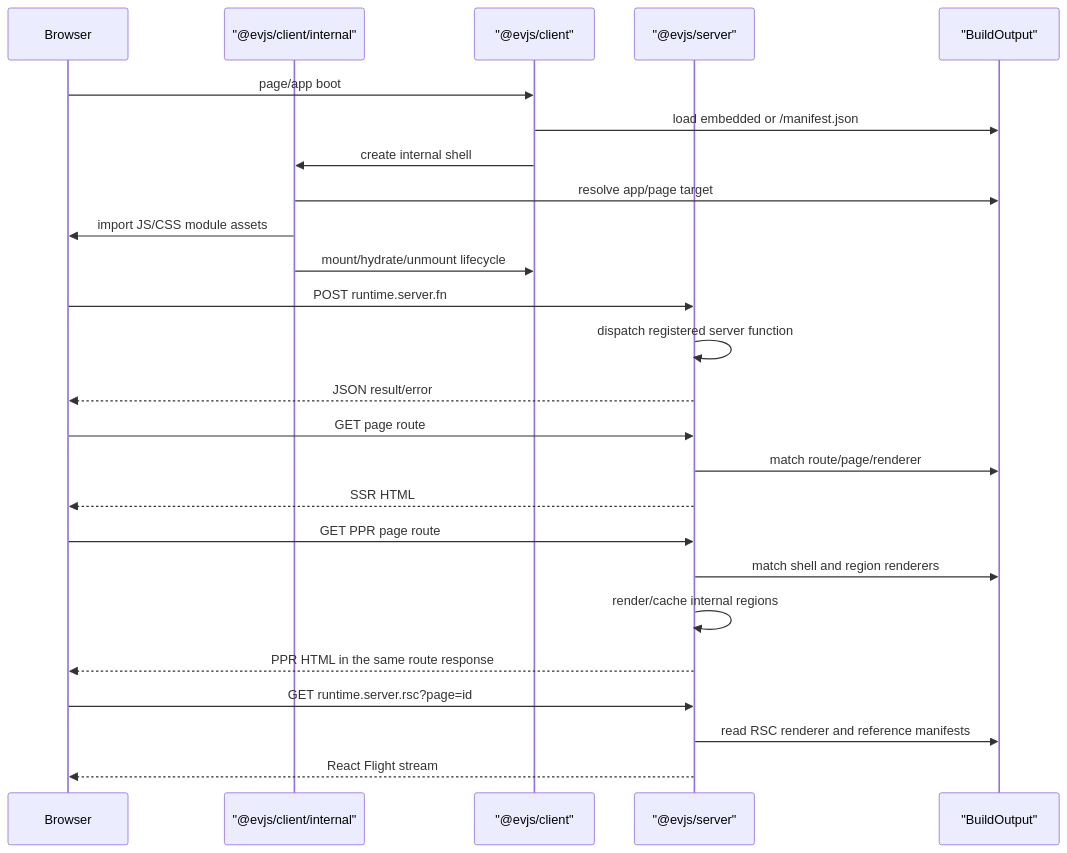
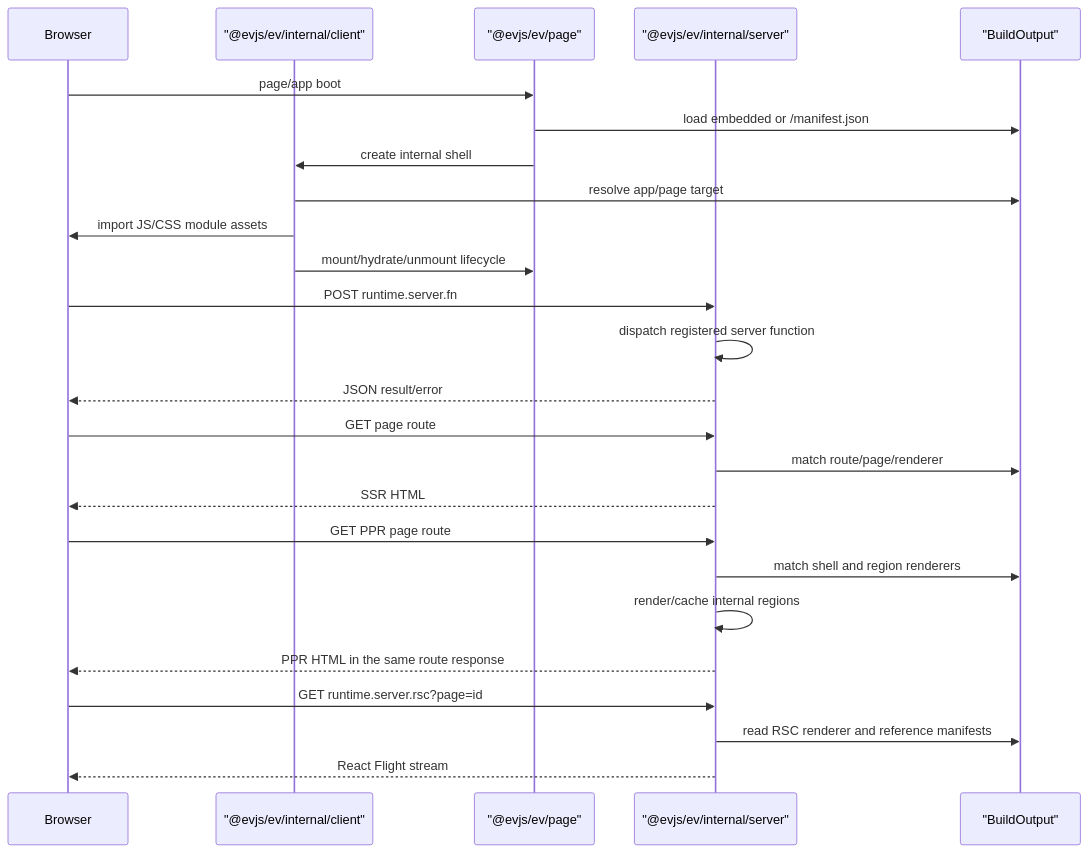
Before and after one commit to binhanchen25-arch/evjs: the second of 3 diagrams in docs/docs/architecture.md, drawn with Mermaid. The commit also changed other lines of this file and 108 other files, not shown here.

First line of the commit message:
feat!: converge evjs runtime install surface (#30)

````diff
--- a/docs/docs/architecture.md
+++ b/docs/docs/architecture.md
@@ -174,32 +179,32 @@
 ```mermaid
 sequenceDiagram
   participant Browser
-  participant Shell as "@evjs/client/internal"
-  participant Runtime as "@evjs/client"
-  participant Server as "@evjs/server"
+  participant Shell as "@evjs/ev/internal/client"
+  participant Runtime as "@evjs/ev/page"
+  participant Server as "@evjs/ev/internal/server"
   participant Manifest as "BuildOutput"
 
   Browser->>Runtime: page/app boot
   Runtime->>Manifest: load embedded or /manifest.json
   Runtime->>Shell: create internal shell
   Shell->>Manifest: resolve app/page target
   Shell->>Browser: import JS/CSS module assets
   Shell->>Runtime: mount/hydrate/unmount lifecycle
 
   Browser->>Server: POST runtime.server.fn
   Server->>Server: dispatch registered server function
   Server-->>Browser: JSON result/error
 
   Browser->>Server: GET page route
   Server->>Manifest: match route/page/renderer
   Server-->>Browser: SSR HTML
 
   Browser->>Server: GET PPR page route
   Server->>Manifest: match shell and region renderers
   Server->>Server: render/cache internal regions
   Server-->>Browser: PPR HTML in the same route response
 
   Browser->>Server: GET runtime.server.rsc?page=id
   Server->>Manifest: read RSC renderer and reference manifests
   Server-->>Browser: React Flight stream
 ```
````
